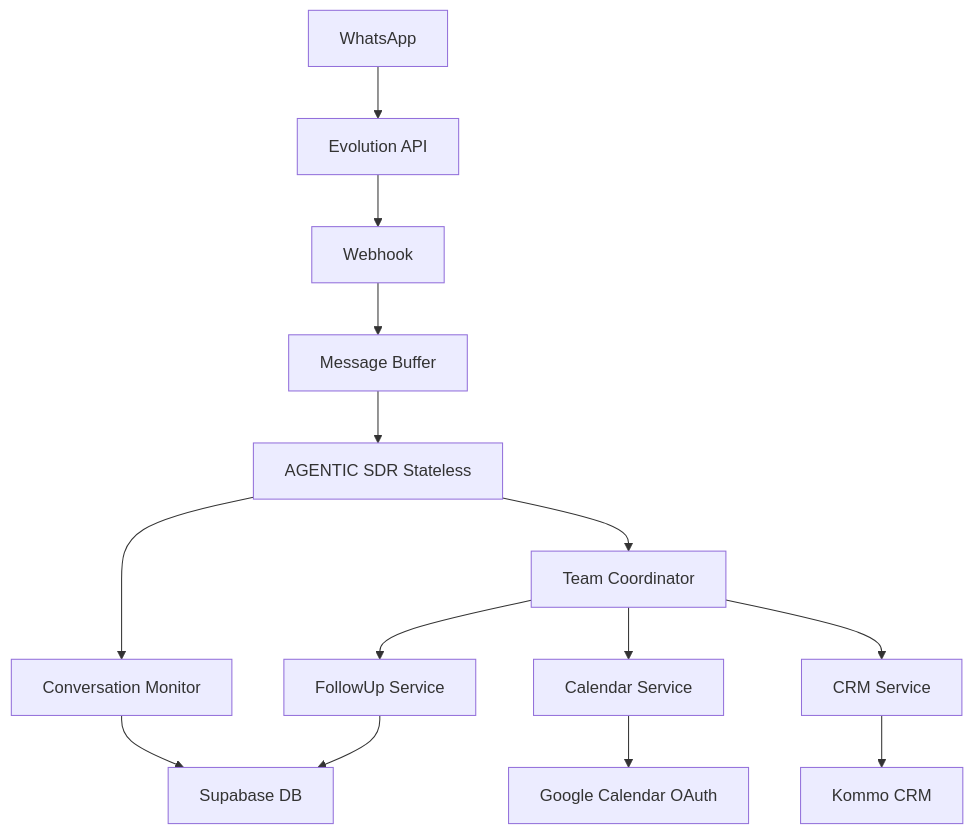
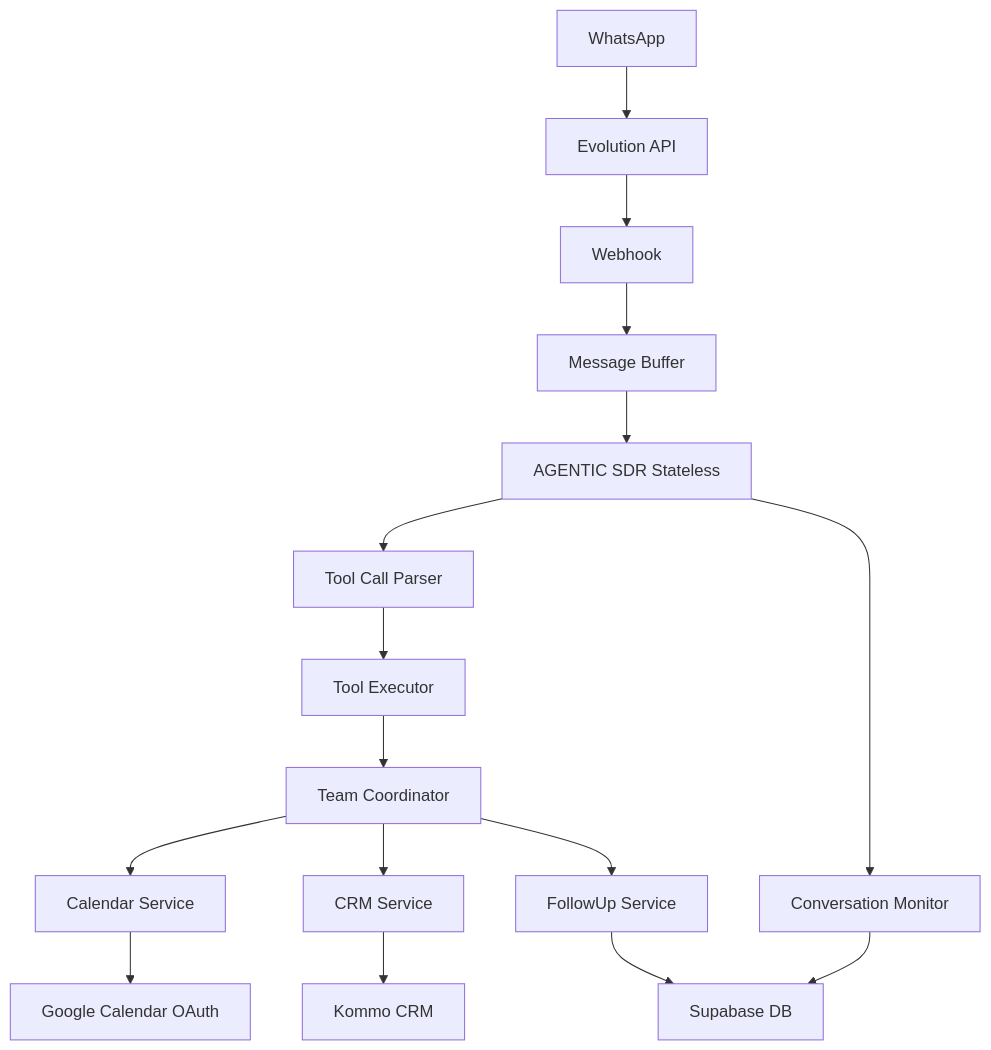
Before and after one commit to nitroxinteligence/agentic-sdr-solar-prime: the diagram in README.md, drawn with Mermaid. The commit also changed other lines of this file and 7 other files, not shown here.

First line of the commit message:
docs: Atualiza documentação para v0.5 com Tool Call System

````diff
--- a/README.md
+++ b/README.md
@@ -183,16 +216,18 @@
 ```mermaid
 graph TD
     WhatsApp[WhatsApp] --> Evolution[Evolution API]
     Evolution --> Webhook[Webhook]
     Webhook --> Buffer[Message Buffer]
     Buffer --> AGENTIC[AGENTIC SDR Stateless]
+    AGENTIC --> Parser[Tool Call Parser]
+    Parser --> Executor[Tool Executor]
+    Executor --> Team[Team Coordinator]
     AGENTIC --> Monitor[Conversation Monitor]
-    AGENTIC --> Team[Team Coordinator]
     Team --> Calendar[Calendar Service]
     Team --> CRM[CRM Service]
     Team --> FollowUp[FollowUp Service]
     Monitor --> Supabase[Supabase DB]
     Calendar --> Google[Google Calendar OAuth]
     CRM --> Kommo[Kommo CRM]
     FollowUp --> Supabase
 ```
````
